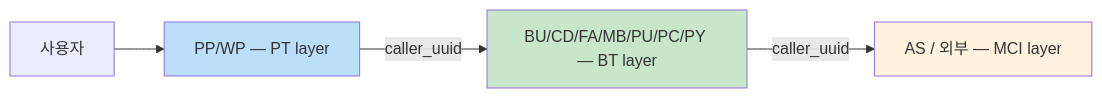
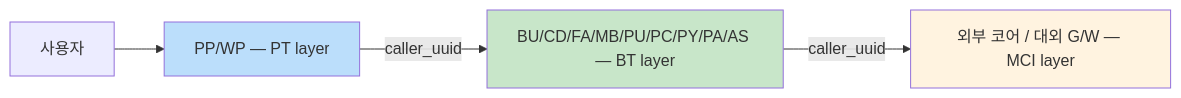
The diagram in docs/09a-real-field-mapping.md (corollazer0/elk-learning), drawn with Mermaid before and after one commit. The commit also changed other lines of this file and 2 other files, not shown here.

````diff
--- a/docs/09a-real-field-mapping.md
+++ b/docs/09a-real-field-mapping.md
@@ -184,10 +187,10 @@
 ```mermaid
 flowchart LR
     User[사용자] --> PT[PP/WP — PT layer]
-    PT -->|caller_uuid| BT[BU/CD/FA/MB/PU/PC/PY — BT layer]
-    BT -->|caller_uuid| MCI[AS / 외부 — MCI layer]
+    PT -->|caller_uuid| BT[BU/CD/FA/MB/PU/PC/PY/PA/AS — BT layer]
+    BT -->|caller_uuid| MCI[외부 코어 / 대외 G/W — MCI layer]
 
     style PT fill:#bbdefb
     style BT fill:#c8e6c9
     style MCI fill:#fff3e0
 ```
````
